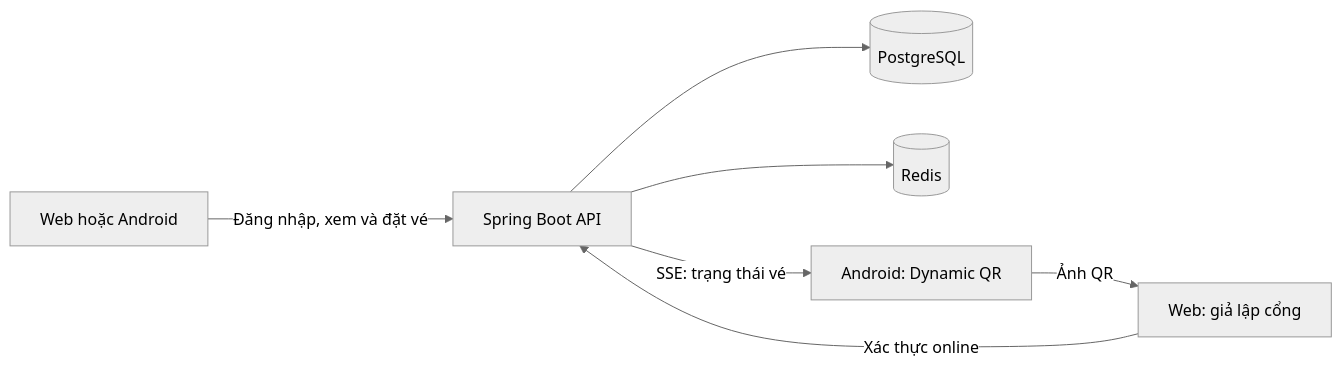
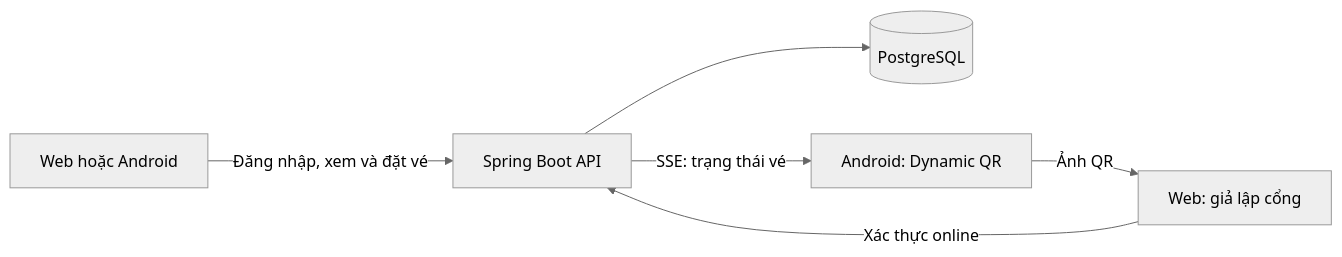
The diagram in README.md (plozdev/dynamic-qr-ticketing), drawn with Mermaid (neutral theme) before and after one commit. The commit also changed other lines of this file and 2 other files, not shown here.

````diff
--- a/README.md
+++ b/README.md
@@ -42,9 +42,8 @@
 ```mermaid
 flowchart LR
     U[Web hoặc Android] -->|Đăng nhập, xem và đặt vé| API[Spring Boot API]
     API --> PG[(PostgreSQL)]
-    API --> R[(Redis)]
     M[Android: Dynamic QR] -->|Ảnh QR| G[Web: giả lập cổng]
     G -->|Xác thực online| API
     API -->|SSE: trạng thái vé| M
 ```
````
